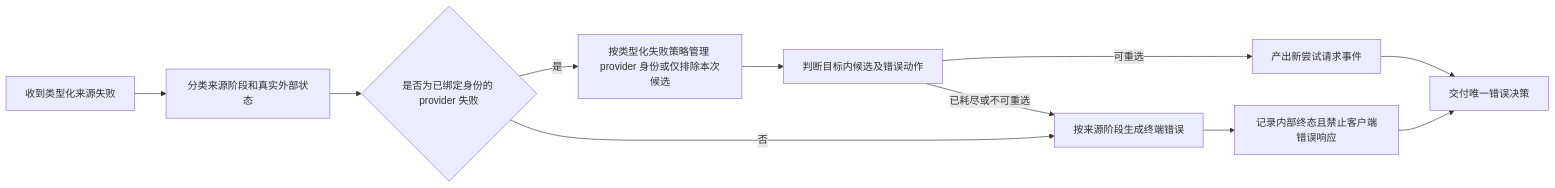
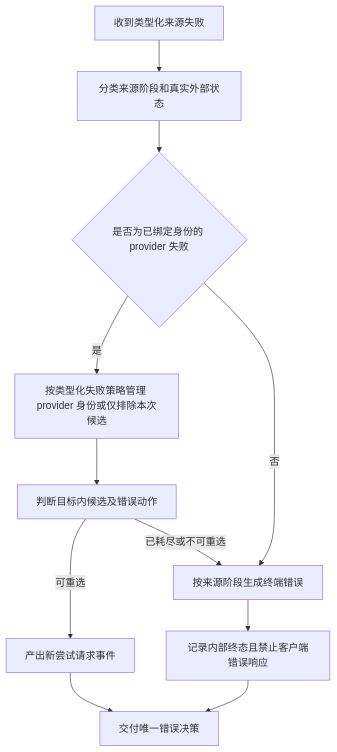
Before and after one commit to Jasonzhangf/routecodex: the third of 4 diagrams in docs/architecture/dagpipe/v3-proxy-pipeline-target.md, drawn with Mermaid. The commit also changed other lines of this file and 20 other files, not shown here.

````diff
--- a/docs/architecture/dagpipe/v3-proxy-pipeline-target.md
+++ b/docs/architecture/dagpipe/v3-proxy-pipeline-target.md
@@ -88,13 +88,13 @@
 ```mermaid
-flowchart LR
+flowchart TD
   A[收到类型化来源失败] --> B[分类来源阶段和真实外部状态]
   B --> C{是否为已绑定身份的 provider 失败}
   C -->|是| D[按类型化失败策略管理 provider 身份或仅排除本次候选]
   D --> E[判断目标内候选及错误动作]
   C -->|否| F[按来源阶段生成终端错误]
   E -->|可重选| G[产出新尝试请求事件]
   E -->|已耗尽或不可重选| F
   F --> H[记录内部终态且禁止客户端错误响应]
   G --> I[交付唯一错误决策]
   H --> I
 ```
````
